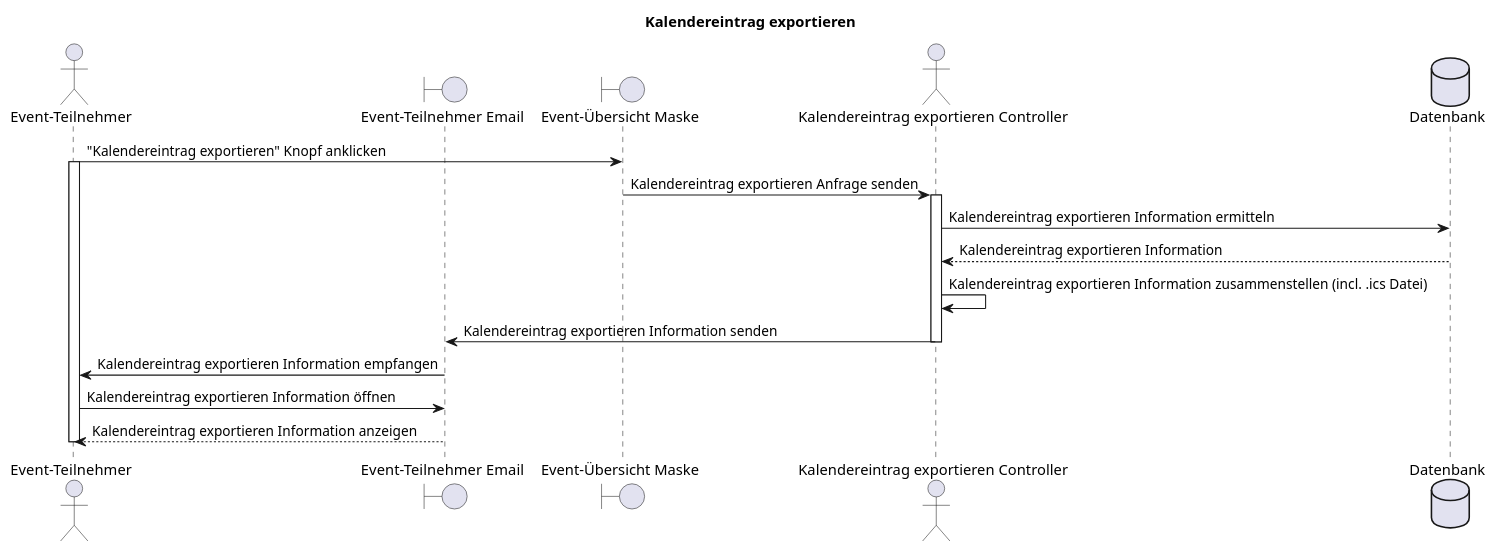
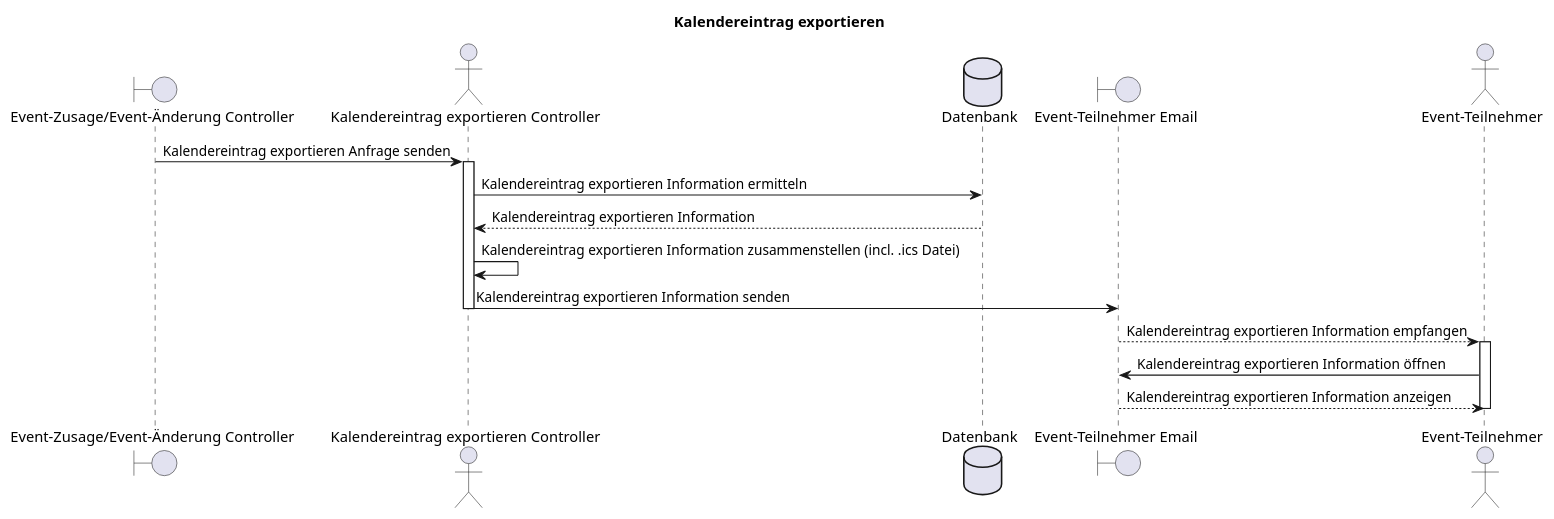
Before and after one commit to party-time-2/party-time: the diagram in docs/F019/F019_KalendereintragExportieren_seq.plantuml, drawn with PlantUML. The commit also changed 7 other files, not shown here.

Commit message:
F017 diagrams and F018 start context change

```diff
--- a/docs/F019/F019_KalendereintragExportieren_seq.plantuml
+++ b/docs/F019/F019_KalendereintragExportieren_seq.plantuml
@@ -1,23 +1,22 @@
 @startuml F019_KalendereintragExportieren_seq
 title "Kalendereintrag exportieren"
 
+boundary "Event-Zusage/Event-Änderung Controller" as eventController
+actor "Kalendereintrag exportieren Controller" as calendarController
+database "Datenbank" as db
+boundary "Event-Teilnehmer Email" as userMail
 actor "Event-Teilnehmer" as user
-boundary "Event-Teilnehmer Email" as userMail
-boundary "Event-Übersicht Maske" as eventMask
-actor "Kalendereintrag exportieren Controller" as controller
-database "Datenbank" as db
 
-user -> eventMask: "Kalendereintrag exportieren" Knopf anklicken
+eventController -> calendarController: Kalendereintrag exportieren Anfrage senden
+activate calendarController
+calendarController -> db: Kalendereintrag exportieren Information ermitteln
+calendarController <-- db: Kalendereintrag exportieren Information
+calendarController -> calendarController: Kalendereintrag exportieren Information zusammenstellen (incl. .ics Datei)
+calendarController -> userMail: Kalendereintrag exportieren Information senden
+deactivate calendarController
+userMail --> user: Kalendereintrag exportieren Information empfangen
 activate user
-eventMask -> controller: Kalendereintrag exportieren Anfrage senden
-activate controller
-controller -> db: Kalendereintrag exportieren Information ermitteln
-controller <-- db: Kalendereintrag exportieren Information
-controller -> controller: Kalendereintrag exportieren Information zusammenstellen (incl. .ics Datei)
-controller -> userMail: Kalendereintrag exportieren Information senden
-deactivate controller
-userMail -> user: Kalendereintrag exportieren Information empfangen
 user -> userMail: Kalendereintrag exportieren Information öffnen
 user <-- userMail: Kalendereintrag exportieren Information anzeigen
 deactivate user
 @enduml
```
